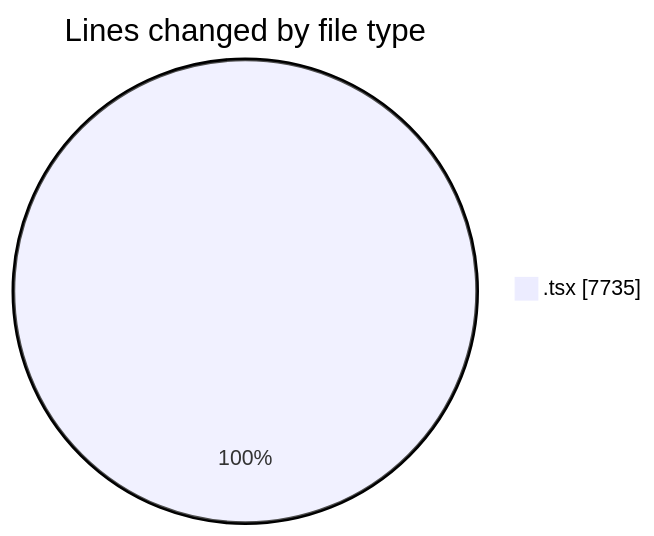
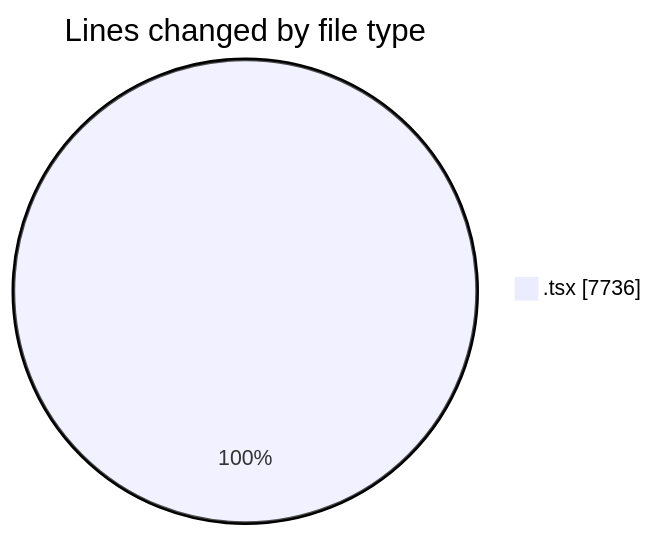
The first of 2 diagrams in 2025-12-04/cda/README.md (momahboobian/code-tracking), drawn with Mermaid before and after one commit. The commit also changed other lines of this file and 1 other file, not shown here.

````diff
--- a/2025-12-04/cda/README.md
+++ b/2025-12-04/cda/README.md
@@ -29,5 +29,5 @@
 ```mermaid
 pie showData
 title Lines changed by file type
-".tsx" : 7735
+".tsx" : 7736
 ```
````
